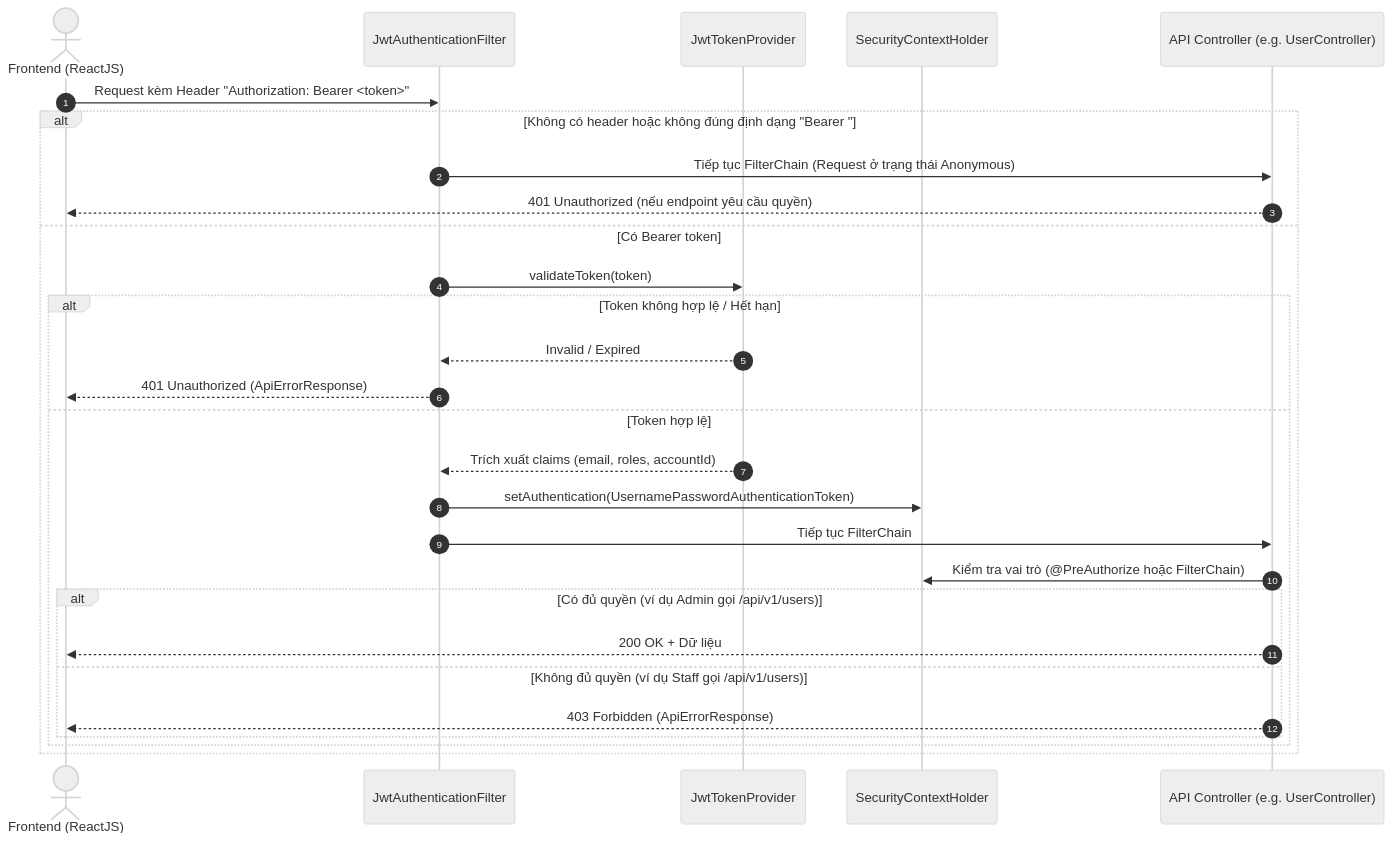
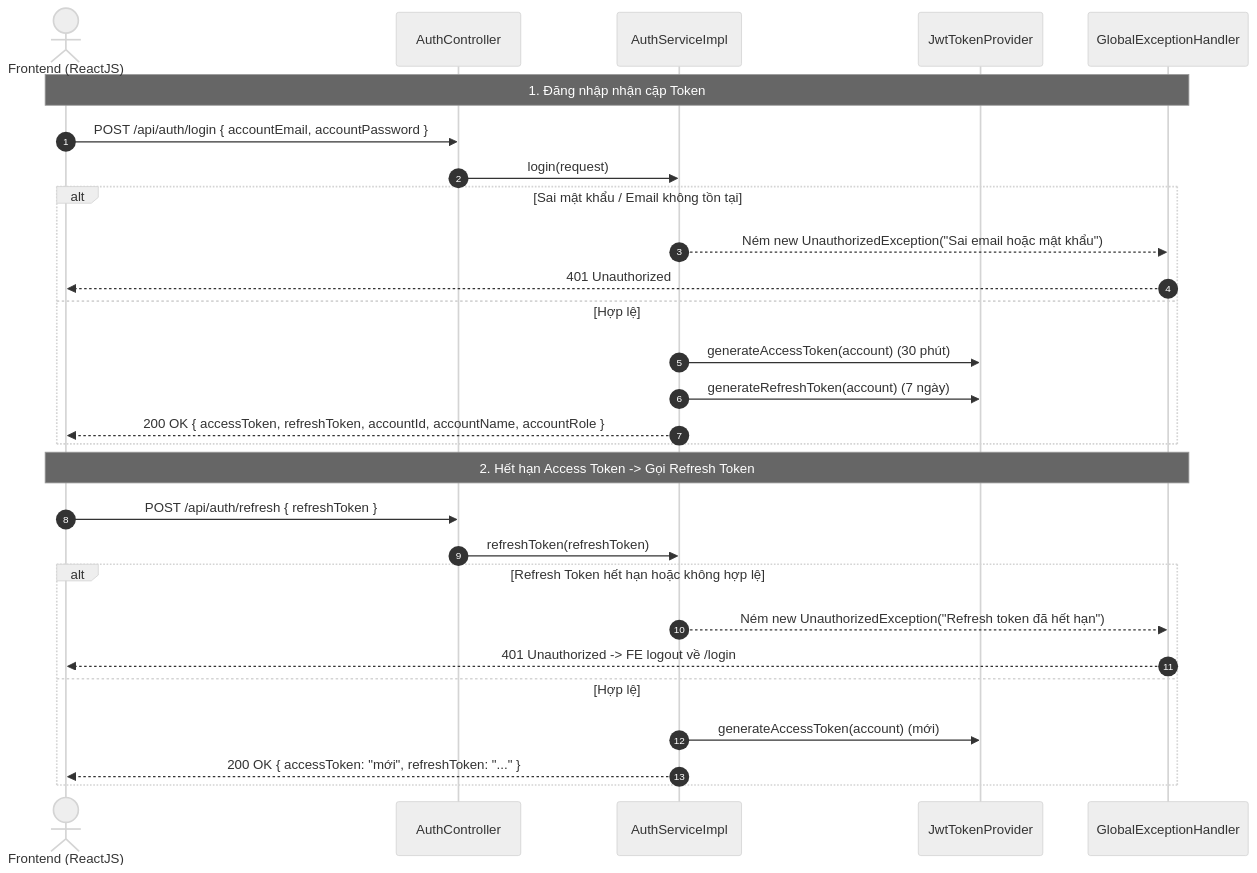
Before and after one commit to DuongDang0605/NMS_BE_Gruop6: the second of 2 diagrams in docs/security-plan.md, drawn with Mermaid (neutral theme). The commit also changed other lines of this file and 24 other files, not shown here.

Commit message:
cap nhat them refresh token

````diff
--- a/docs/security-plan.md
+++ b/docs/security-plan.md
@@ -74,31 +69,32 @@
 ```mermaid
 sequenceDiagram
     autonumber
     actor Client as Frontend (ReactJS)
-    participant Filter as JwtAuthenticationFilter
+    participant AuthCtrl as AuthController
+    participant AuthSvc as AuthServiceImpl
     participant JwtProvider as JwtTokenProvider
-    participant SecContext as SecurityContextHolder
-    participant Endpoint as API Controller (e.g. UserController)
+    participant Handler as GlobalExceptionHandler
 
-    Client->>Filter: Request kèm Header "Authorization: Bearer <token>"
-    alt Không có header hoặc không đúng định dạng "Bearer "
-        Filter->>Endpoint: Tiếp tục FilterChain (Request ở trạng thái Anonymous)
-        Endpoint-->>Client: 401 Unauthorized (nếu endpoint yêu cầu quyền)
-    else Có Bearer token
-        Filter->>JwtProvider: validateToken(token)
-        alt Token không hợp lệ / Hết hạn
-            JwtProvider-->>Filter: Invalid / Expired
-            Filter-->>Client: 401 Unauthorized (ApiErrorResponse)
-        else Token hợp lệ
-            JwtProvider-->>Filter: Trích xuất claims (email, roles, accountId)
-            Filter->>SecContext: setAuthentication(UsernamePasswordAuthenticationToken)
-            Filter->>Endpoint: Tiếp tục FilterChain
-            Endpoint->>SecContext: Kiểm tra vai trò (@PreAuthorize hoặc FilterChain)
-            alt Có đủ quyền (ví dụ Admin gọi /api/v1/users)
-                Endpoint-->>Client: 200 OK + Dữ liệu
-            else Không đủ quyền (ví dụ Staff gọi /api/v1/users)
-                Endpoint-->>Client: 403 Forbidden (ApiErrorResponse)
-            end
-        end
+    Note over Client,Handler: 1. Đăng nhập nhận cặp Token
+    Client->>AuthCtrl: POST /api/auth/login { accountEmail, accountPassword }
+    AuthCtrl->>AuthSvc: login(request)
+    alt Sai mật khẩu / Email không tồn tại
+        AuthSvc-->>Handler: Ném new UnauthorizedException("Sai email hoặc mật khẩu")
+        Handler-->>Client: 401 Unauthorized
+    else Hợp lệ
+        AuthSvc->>JwtProvider: generateAccessToken(account) (30 phút)
+        AuthSvc->>JwtProvider: generateRefreshToken(account) (7 ngày)
+        AuthSvc-->>Client: 200 OK { accessToken, refreshToken, accountId, accountName, accountRole }
+    end
+
+    Note over Client,Handler: 2. Hết hạn Access Token -> Gọi Refresh Token
+    Client->>AuthCtrl: POST /api/auth/refresh { refreshToken }
+    AuthCtrl->>AuthSvc: refreshToken(refreshToken)
+    alt Refresh Token hết hạn hoặc không hợp lệ
+        AuthSvc-->>Handler: Ném new UnauthorizedException("Refresh token đã hết hạn")
+        Handler-->>Client: 401 Unauthorized -> FE logout về /login
+    else Hợp lệ
+        AuthSvc->>JwtProvider: generateAccessToken(account) (mới)
+        AuthSvc-->>Client: 200 OK { accessToken: "mới", refreshToken: "..." }
     end
 ```
````
